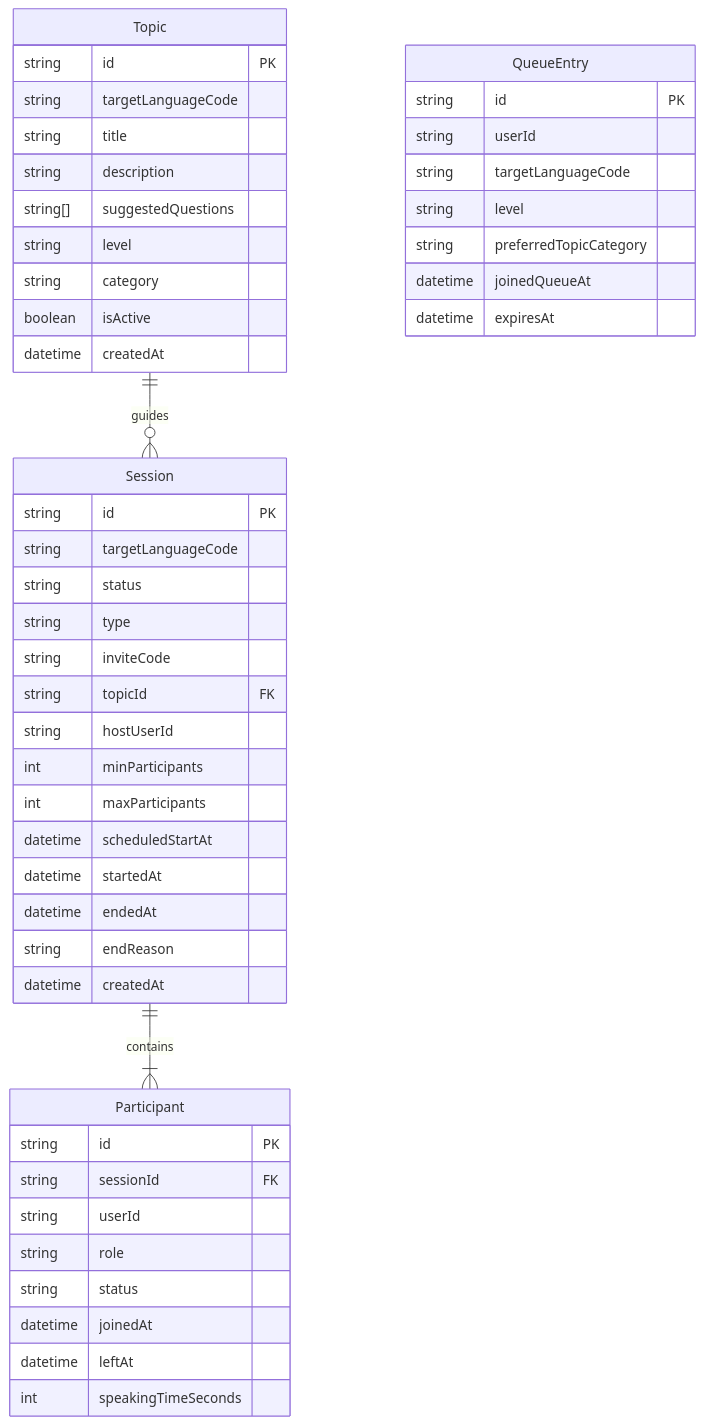
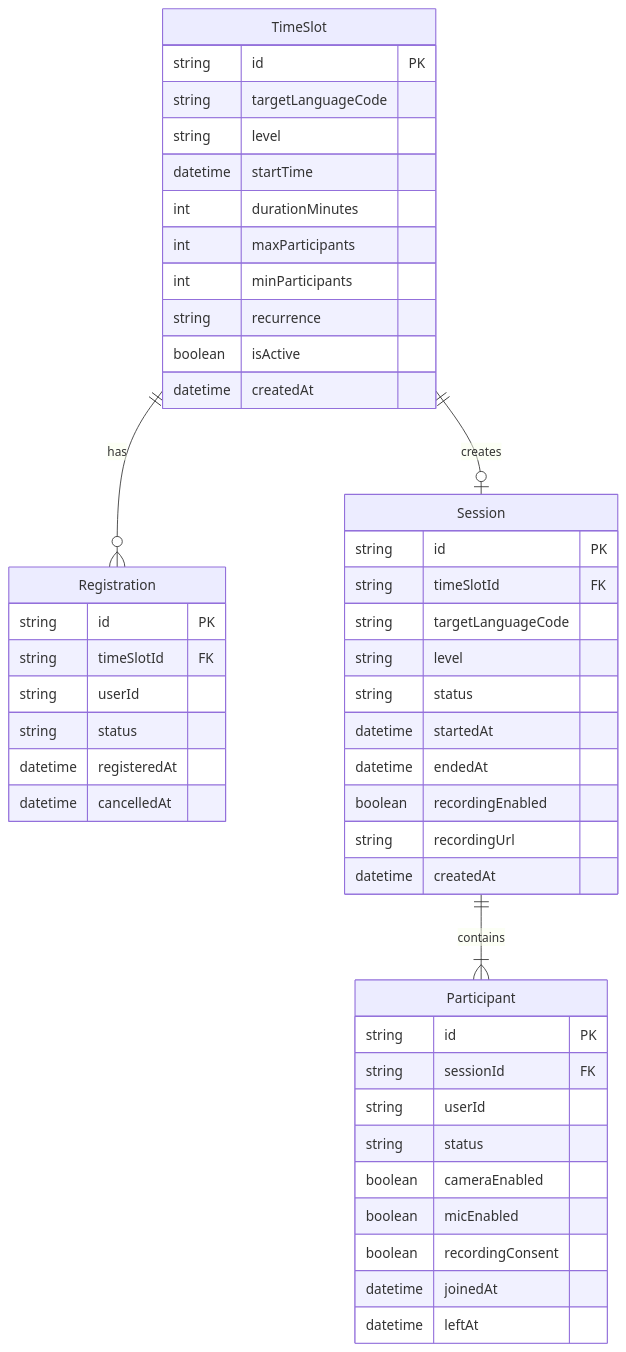
One commit to we-speak-org/wespeak-specifications changed the first of 6 diagrams in 03-conversation-service/DIAGRAMS.md. Above: the diagram before and after it, drawn with Mermaid. The commit also changed other lines of this file and 15 other files, not shown here.

````diff
--- a/03-conversation-service/DIAGRAMS.md
+++ b/03-conversation-service/DIAGRAMS.md
@@ -5,55 +5,53 @@
 ```mermaid
 erDiagram
-    Topic {
+    TimeSlot {
         string id PK
         string targetLanguageCode
-        string title
-        string description
-        string[] suggestedQuestions
         string level
-        string category
+        datetime startTime
+        int durationMinutes
+        int maxParticipants
+        int minParticipants
+        string recurrence
         boolean isActive
         datetime createdAt
     }
 
+    Registration {
+        string id PK
+        string timeSlotId FK
+        string userId
+        string status
+        datetime registeredAt
+        datetime cancelledAt
+    }
+
     Session {
         string id PK
+        string timeSlotId FK
         string targetLanguageCode
+        string level
         string status
-        string type
-        string inviteCode
-        string topicId FK
-        string hostUserId
-        int minParticipants
-        int maxParticipants
-        datetime scheduledStartAt
         datetime startedAt
         datetime endedAt
-        string endReason
+        boolean recordingEnabled
+        string recordingUrl
         datetime createdAt
     }
 
     Participant {
         string id PK
         string sessionId FK
         string userId
-        string role
         string status
+        boolean cameraEnabled
+        boolean micEnabled
+        boolean recordingConsent
         datetime joinedAt
         datetime leftAt
-        int speakingTimeSeconds
     }
 
-    QueueEntry {
-        string id PK
-        string userId
-        string targetLanguageCode
-        string level
-        string preferredTopicCategory
-        datetime joinedQueueAt
-        datetime expiresAt
-    }
-
-    Topic ||--o{ Session : "guides"
+    TimeSlot ||--o{ Registration : "has"
+    TimeSlot ||--o| Session : "creates"
     Session ||--|{ Participant : "contains"
 ```
````
